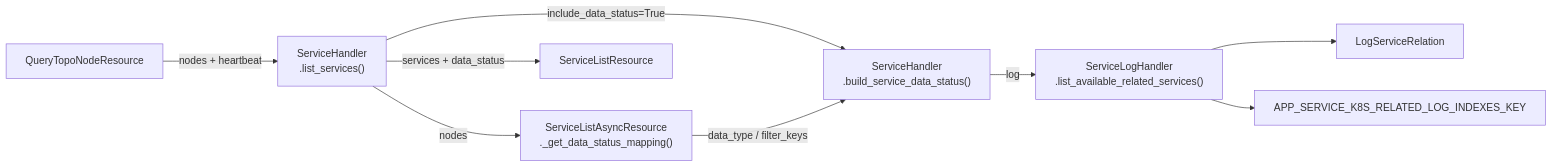
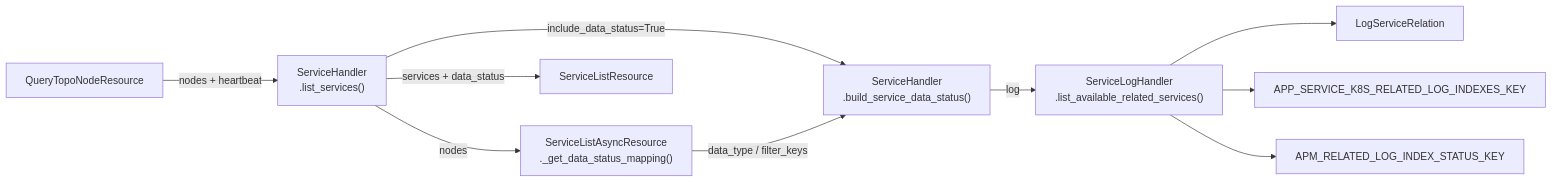
One commit to ZhuoZhuoCrayon/ai-workspace changed the third of 3 diagrams in knowledge/bkmonitor/issues/2026-09-16-apm-service-data-status-heartbeat/PLAN.md. Above: the diagram before and after it, drawn with Mermaid. The commit also changed other lines of this file and 1 other file, not shown here.

Commit message:
docs(knowledge): 补充 APM 关联日志状态后台刷新方案

````diff
--- a/knowledge/bkmonitor/issues/2026-09-16-apm-service-data-status-heartbeat/PLAN.md
+++ b/knowledge/bkmonitor/issues/2026-09-16-apm-service-data-status-heartbeat/PLAN.md
@@ -407,11 +407,12 @@
 ```mermaid
 flowchart LR
     Q["QueryTopoNodeResource"] -->|"nodes + heartbeat"| L["ServiceHandler<br/>.list_services()"]
     L -->|"include_data_status=True"| B["ServiceHandler<br/>.build_service_data_status()"]
     B -->|"log"| R["ServiceLogHandler<br/>.list_available_related_services()"]
     R --> LSR["LogServiceRelation"]
     R --> K8S["APP_SERVICE_K8S_RELATED_LOG_INDEXES_KEY"]
+    R --> SNAP["APM_RELATED_LOG_INDEX_STATUS_KEY"]
     L -->|"nodes"| SA["ServiceListAsyncResource<br/>._get_data_status_mapping()"]
     SA -->|"data_type / filter_keys"| B
     L -->|"services + data_status"| SL["ServiceListResource"]
 ```
````
